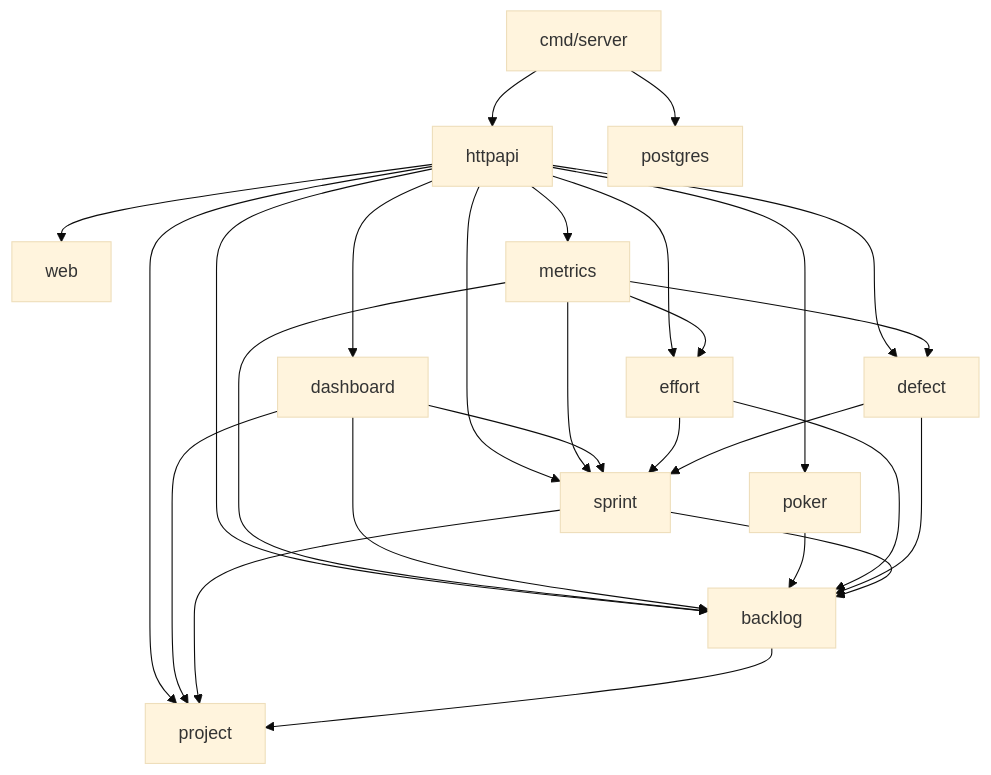
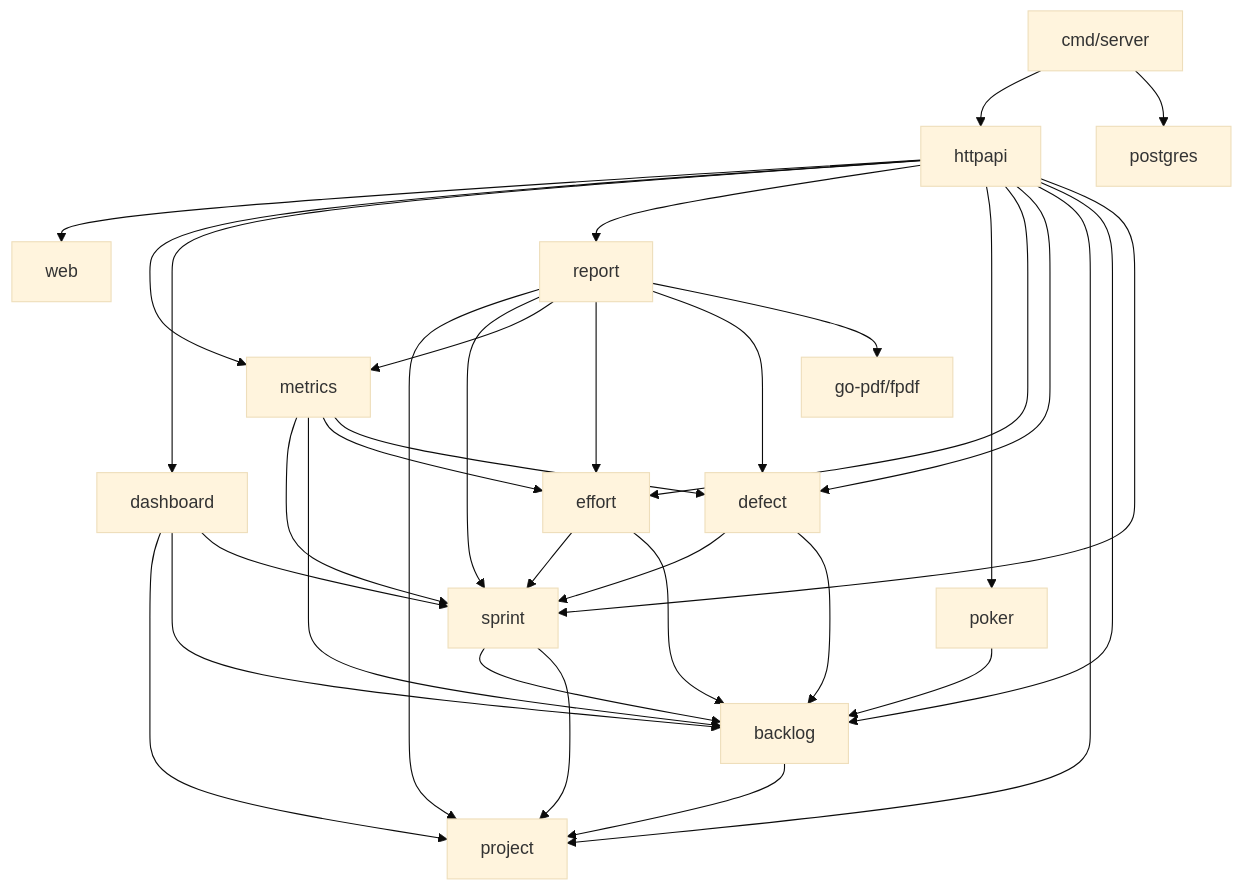
One commit to Elwilsonic/seguimiento-medicion-GPC changed the diagram in docs/documentacion-tecnica.md. Above: the diagram before and after it, drawn with Mermaid (base theme). The commit also changed other lines of this file and 1 other file, not shown here.

````diff
--- a/docs/documentacion-tecnica.md
+++ b/docs/documentacion-tecnica.md
@@ -48,29 +49,36 @@
 ```mermaid
 graph TD
     main[cmd/server] --> httpapi
     main --> postgres
     httpapi --> web
     httpapi --> metrics
     httpapi --> dashboard
+    httpapi --> report
     httpapi --> poker
     httpapi --> effort
     httpapi --> defect
     httpapi --> project
     httpapi --> backlog
     httpapi --> sprint
     metrics --> sprint
     metrics --> backlog
     metrics --> effort
     metrics --> defect
+    report --> project
+    report --> sprint
+    report --> metrics
+    report --> effort
+    report --> defect
+    report --> fpdf[go-pdf/fpdf]
     dashboard --> project
     dashboard --> backlog
     dashboard --> sprint
     poker --> backlog
     effort --> sprint
     effort --> backlog
     defect --> sprint
     defect --> backlog
     sprint --> backlog
     sprint --> project
     backlog --> project
 ```
````
